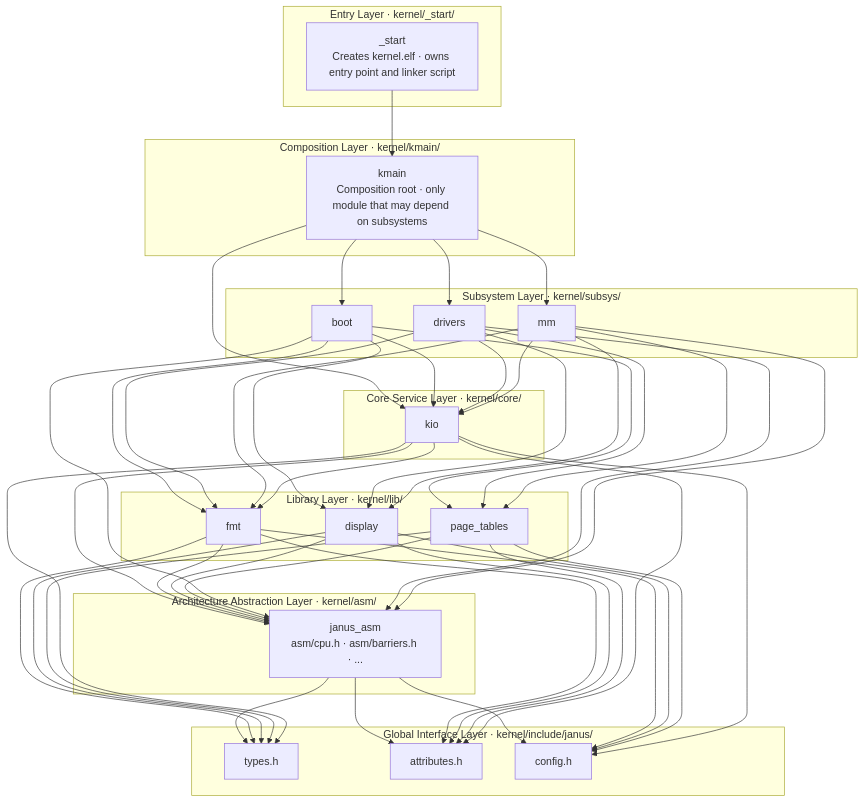
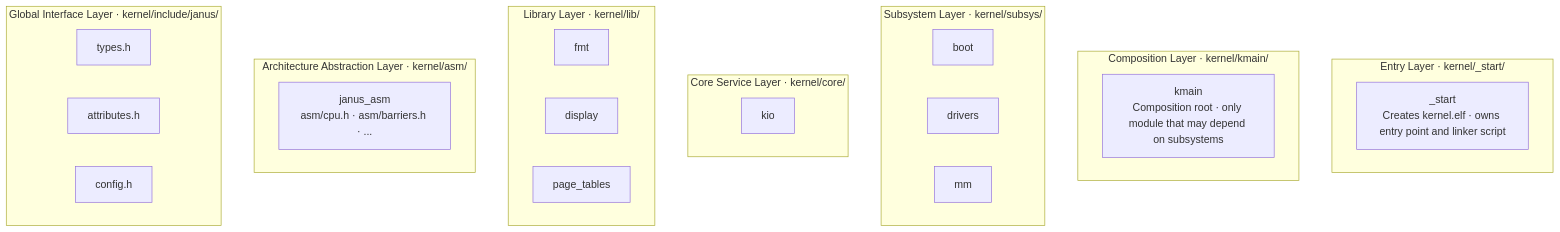
The diagram in docs/src/project/architecture/layer-model.md (FrederikTobner/JANUS), drawn with Mermaid before and after one commit. The commit also changed 106 other files, not shown here.

````diff
--- a/docs/src/project/architecture/layer-model.md
+++ b/docs/src/project/architecture/layer-model.md
@@ -7,37 +7,24 @@
 ```mermaid
 graph TD
   subgraph entry["Entry Layer · kernel/_start/"]
     _start["_start\nCreates kernel.elf · owns entry point and linker script"]
   end
   subgraph composition["Composition Layer · kernel/kmain/"]
     kmain["kmain\nComposition root · only module that may depend on subsystems"]
   end
   subgraph subsys["Subsystem Layer · kernel/subsys/"]
     boot["boot"] & drivers["drivers"] & mm["mm"]
   end
   subgraph core["Core Service Layer · kernel/core/"]
     kio["kio"]
   end
   subgraph libs["Library Layer · kernel/lib/"]
     fmt["fmt"] & display["display"] & page_tables["page_tables"]
   end
   subgraph asm["Architecture Abstraction Layer · kernel/asm/"]
     janus_asm["janus_asm\nasm/cpu.h · asm/barriers.h · ..."]
   end
   subgraph global["Global Interface Layer · kernel/include/janus/"]
     types["types.h"] & attributes["attributes.h"] & config["config.h"]
   end
-
-  _start --> kmain
-  kmain --> boot & drivers & mm
-  kmain --> kio
-  boot & drivers & mm --> kio
-  boot & drivers & mm --> fmt & display & page_tables
-  kio --> fmt
-  kio --> janus_asm
-  fmt & display & page_tables --> janus_asm
-  boot & drivers & mm --> janus_asm
-  janus_asm --> types & attributes & config
-  fmt & display & page_tables --> types & attributes & config
-  kio --> types & attributes & config
-```
+ ```
````
